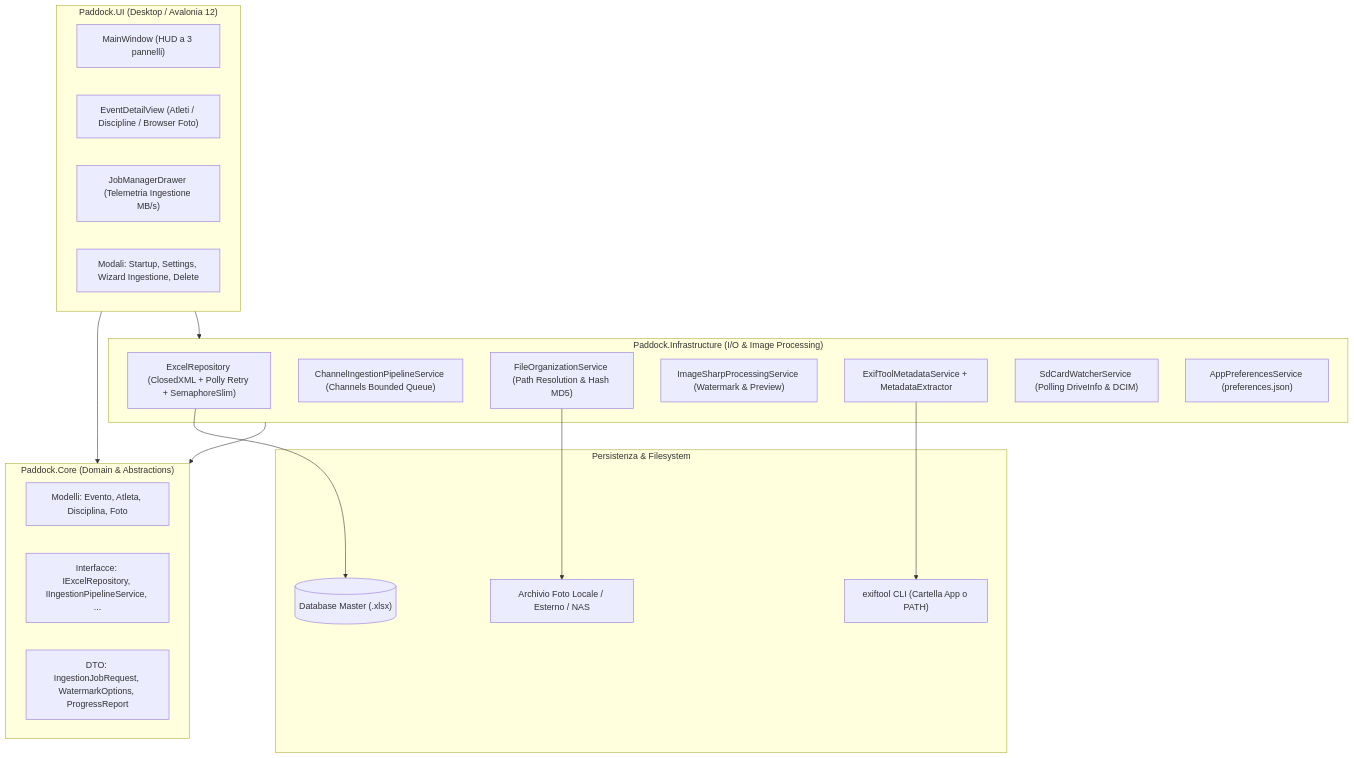
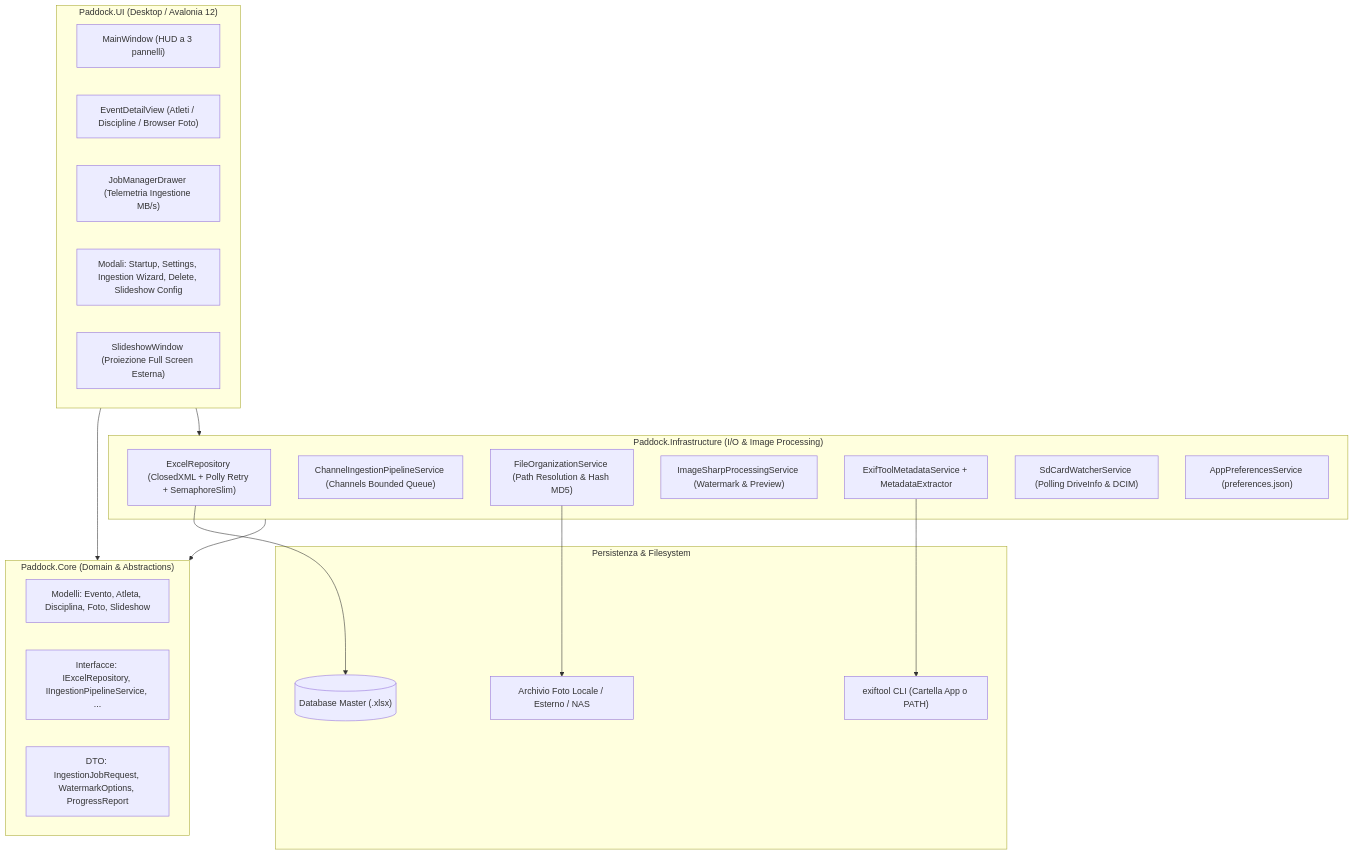
One commit to zmalrobot/Paddock changed the first of 2 diagrams in README.md. Above: the diagram before and after it, drawn with Mermaid. The commit also changed other lines of this file and 11 other files, not shown here.

````diff
--- a/README.md
+++ b/README.md
@@ -52,39 +61,40 @@
 ```mermaid
 flowchart TD
     subgraph UI ["Paddock.UI (Desktop / Avalonia 12)"]
         MainWindow["MainWindow (HUD a 3 pannelli)"]
         EventDetail["EventDetailView (Atleti / Discipline / Browser Foto)"]
         JobDrawer["JobManagerDrawer (Telemetria Ingestione MB/s)"]
-        Modals["Modali: Startup, Settings, Wizard Ingestione, Delete"]
+        Modals["Modali: Startup, Settings, Ingestion Wizard, Delete, Slideshow Config"]
+        SlideshowWin["SlideshowWindow (Proiezione Full Screen Esterna)"]
     end
 
     subgraph Core ["Paddock.Core (Domain & Abstractions)"]
-        Models["Modelli: Evento, Atleta, Disciplina, Foto"]
+        Models["Modelli: Evento, Atleta, Disciplina, Foto, Slideshow"]
         Interfaces["Interfacce: IExcelRepository, IIngestionPipelineService, ..."]
         DTOs["DTO: IngestionJobRequest, WatermarkOptions, ProgressReport"]
     end
 
     subgraph Infra ["Paddock.Infrastructure (I/O & Image Processing)"]
         ExcelRepo["ExcelRepository (ClosedXML + Polly Retry + SemaphoreSlim)"]
         ChannelPipe["ChannelIngestionPipelineService (Channels Bounded Queue)"]
         FileOrg["FileOrganizationService (Path Resolution & Hash MD5)"]
         ImgSharp["ImageSharpProcessingService (Watermark & Preview)"]
         MetaService["ExifToolMetadataService + MetadataExtractor"]
         SdWatcher["SdCardWatcherService (Polling DriveInfo & DCIM)"]
         Prefs["AppPreferencesService (preferences.json)"]
     end
 
     UI --> Core
     UI --> Infra
     Infra --> Core
 
     subgraph Storage ["Persistenza & Filesystem"]
         ExcelFile[("Database Master (.xlsx)")]
         PhotoStorage["Archivio Foto Locale / Esterno / NAS"]
         ExifToolBin["exiftool CLI (Cartella App o PATH)"]
     end
 
     ExcelRepo --> ExcelFile
     FileOrg --> PhotoStorage
     MetaService --> ExifToolBin
 ```
````
